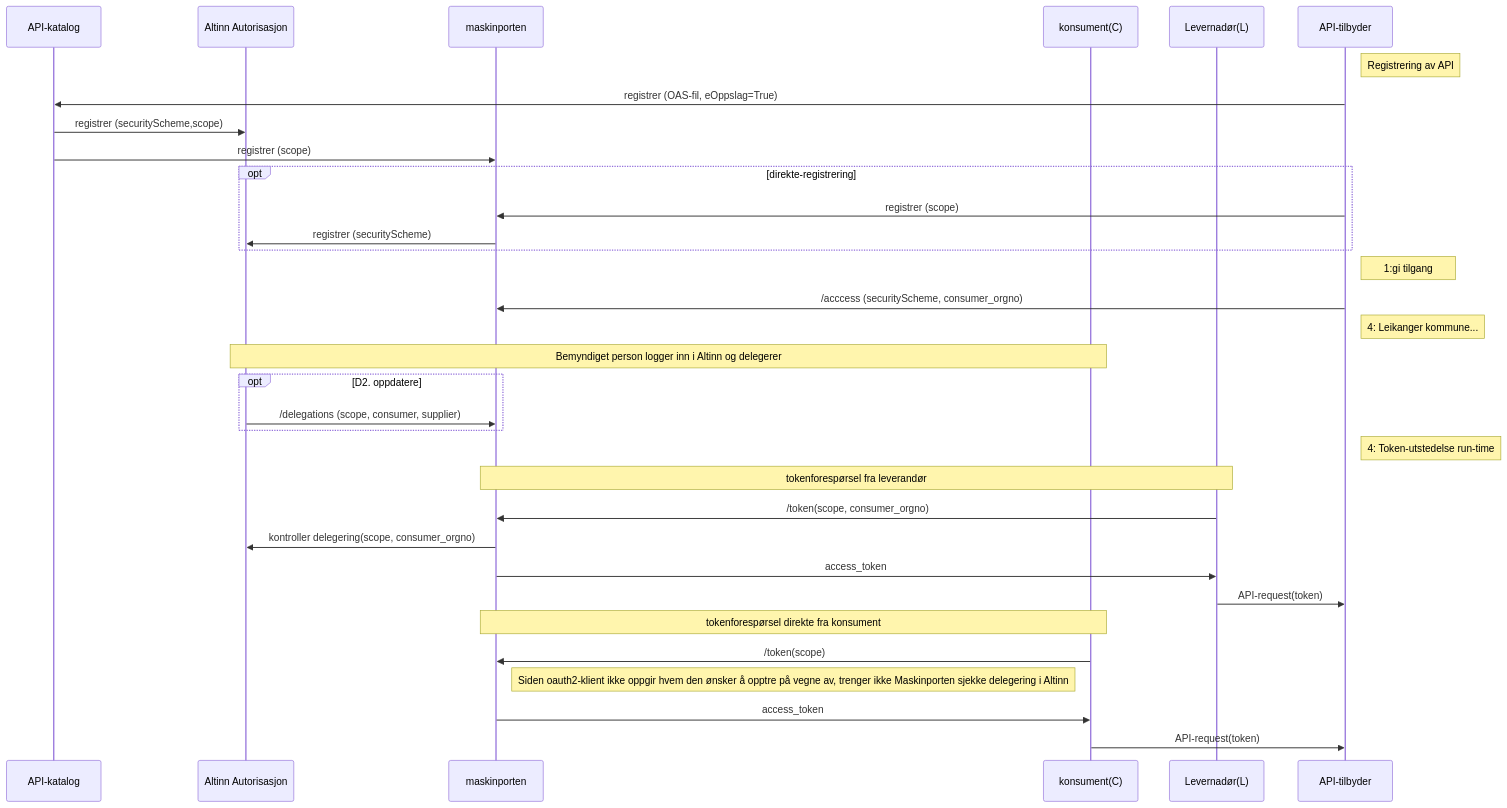
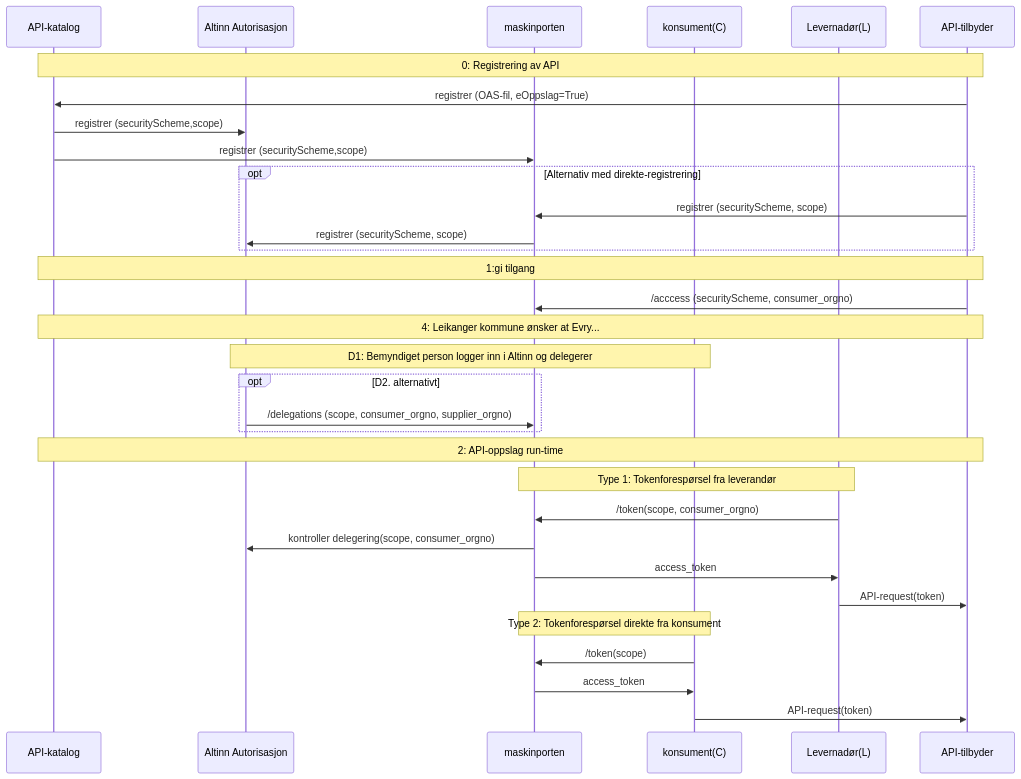
Before and after one commit to joergenb/oauth2-veileder: the diagram in pages/eoppslag/eoppslag_sbb_oauth2_scopes.md, drawn with Mermaid.

Commit message:
betre sekvensdiagram

```diff
--- a/pages/eoppslag/eoppslag_sbb_oauth2_scopes.md
+++ b/pages/eoppslag/eoppslag_sbb_oauth2_scopes.md
@@ -95,44 +95,43 @@
 <div class="mermaid">
 sequenceDiagram
 
   participant AP as API-katalog
   participant AA as Altinn Autorisasjon
   participant MP AS maskinporten
   participant C AS konsument(C)
   participant L AS Levernadør(L)
   participant A as API-tilbyder
 
-  note right of A: Registrering av API   
+  note over AP,A: 0: Registrering av API   
   A->>AP: registrer (OAS-fil, eOppslag=True)
   AP->>AA: registrer (securityScheme,scope)
-  AP->>MP: registrer (scope)
+  AP->>MP: registrer (securityScheme,scope)
 
-  opt direkte-registrering
-   A->>MP: registrer (scope)
-   MP->>AA: registrer (securityScheme)
+  opt Alternativ med direkte-registrering
+   A->>MP: registrer (securityScheme, scope)
+   MP->>AA: registrer (securityScheme, scope)
   end
 
-  note right of A: 1:gi tilgang
+  note over AP,A: 1:gi tilgang
   A->>MP: /acccess (securityScheme, consumer_orgno)
 
-  note right of A: 4: Leikanger kommune...
-  note over AA,C: Bemyndiget person logger inn i Altinn og delegerer
-  opt D2. oppdatere
-  AA->>MP: /delegations (scope, consumer, supplier)
+  note over AP,A: 4: Leikanger kommune ønsker at Evry...
+  note over AA,C: D1: Bemyndiget person logger inn i Altinn og delegerer
+  opt D2. alternativt
+  AA->>MP: /delegations (scope, consumer_orgno, supplier_orgno)
   end
 
-  note right of A: 4: Token-utstedelse  run-time
+  note over AP,A: 2: API-oppslag run-time
 
-  note over L,MP: tokenforespørsel fra leverandør
+  note over L,MP: Type 1: Tokenforespørsel fra leverandør
   L->>MP: /token(scope, consumer_orgno)
   MP->>AA: kontroller delegering(scope, consumer_orgno)
   MP->>L: access_token
   L->>A: API-request(token)
 
-  note over C,MP: tokenforespørsel direkte fra konsument
+  note over C,MP: Type 2: Tokenforespørsel direkte fra konsument
   C->>MP: /token(scope)
-  note right of MP: Siden oauth2-klient ikke oppgir hvem den ønsker å opptre på vegne av, trenger ikke Maskinporten sjekke delegering i Altinn
   MP->>C: access_token
   C->>A: API-request(token)
 
   </div>
```
